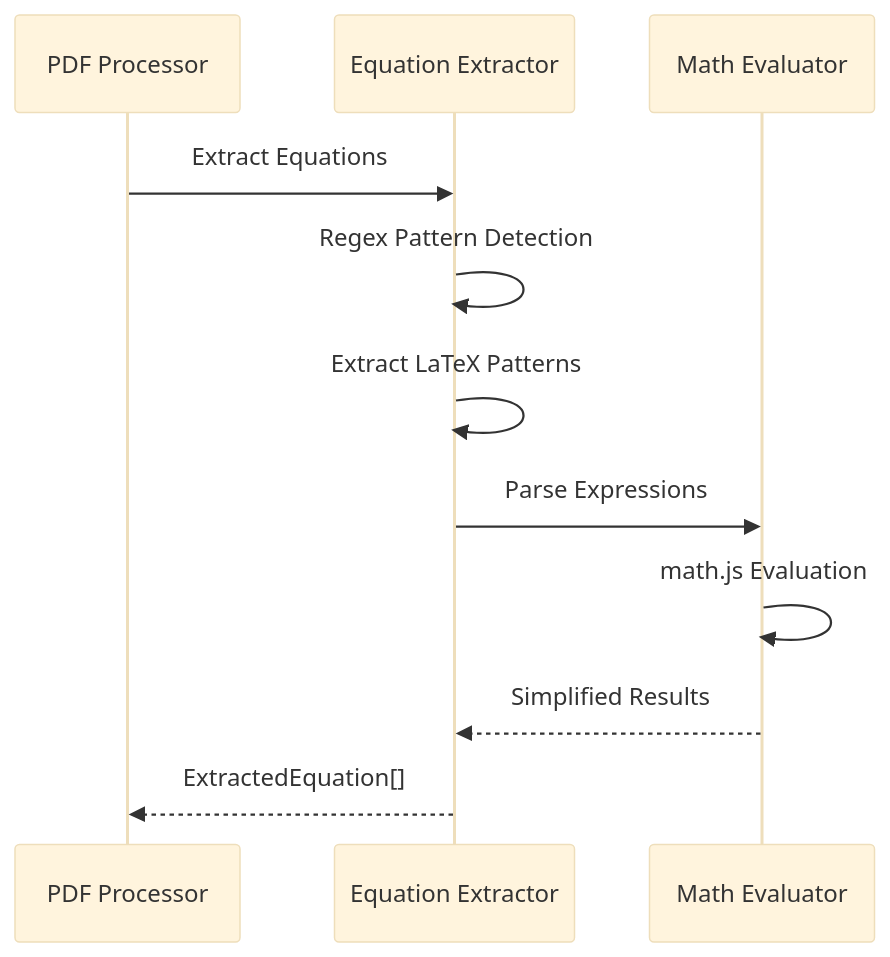
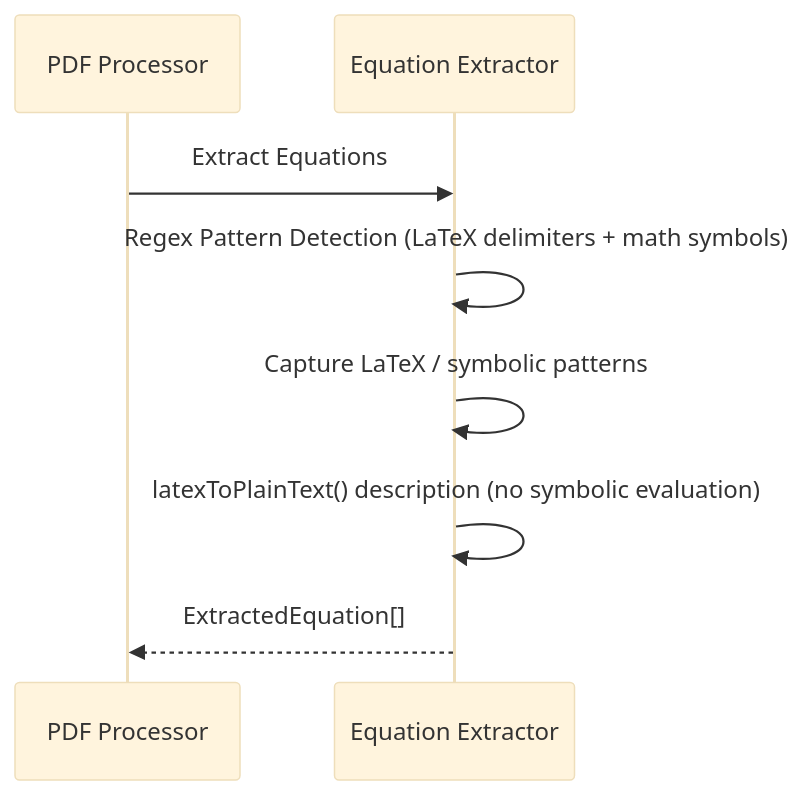
One commit to Kedhareswer/QuantumPDF_ChatApp_VectorDB changed the eighth of 14 diagrams in docs/ARCHITECTURE_FLOWS.md. Above: the diagram before and after it, drawn with Mermaid (base theme). The commit also changed other lines of this file and 15 other files, not shown here.

First line of the commit message:
docs: reconcile all docs with the liteparse architecture; remove dead files

````diff
--- a/docs/ARCHITECTURE_FLOWS.md
+++ b/docs/ARCHITECTURE_FLOWS.md
@@ -430,14 +432,11 @@
 ```mermaid
 sequenceDiagram
     participant PDF as PDF Processor
     participant EQ as Equation Extractor
-    participant EVAL as Math Evaluator
 
     PDF->>EQ: Extract Equations
-    EQ->>EQ: Regex Pattern Detection
-    EQ->>EQ: Extract LaTeX Patterns
-    EQ->>EVAL: Parse Expressions
-    EVAL->>EVAL: math.js Evaluation
-    EVAL-->>EQ: Simplified Results
+    EQ->>EQ: Regex Pattern Detection (LaTeX delimiters + math symbols)
+    EQ->>EQ: Capture LaTeX / symbolic patterns
+    EQ->>EQ: latexToPlainText() description (no symbolic evaluation)
     EQ-->>PDF: ExtractedEquation[]
 ```
````
